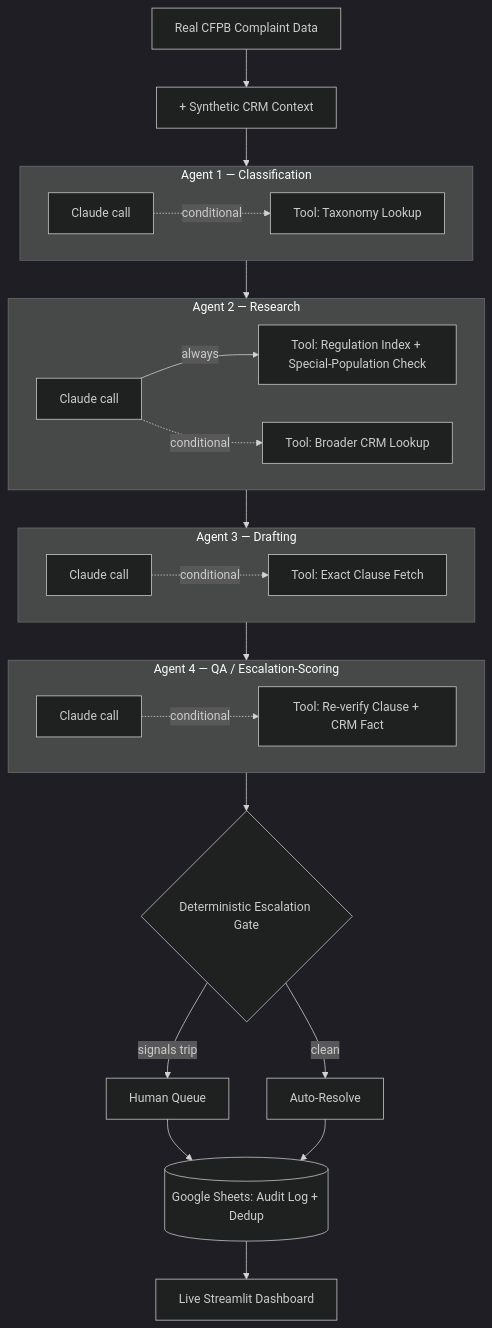
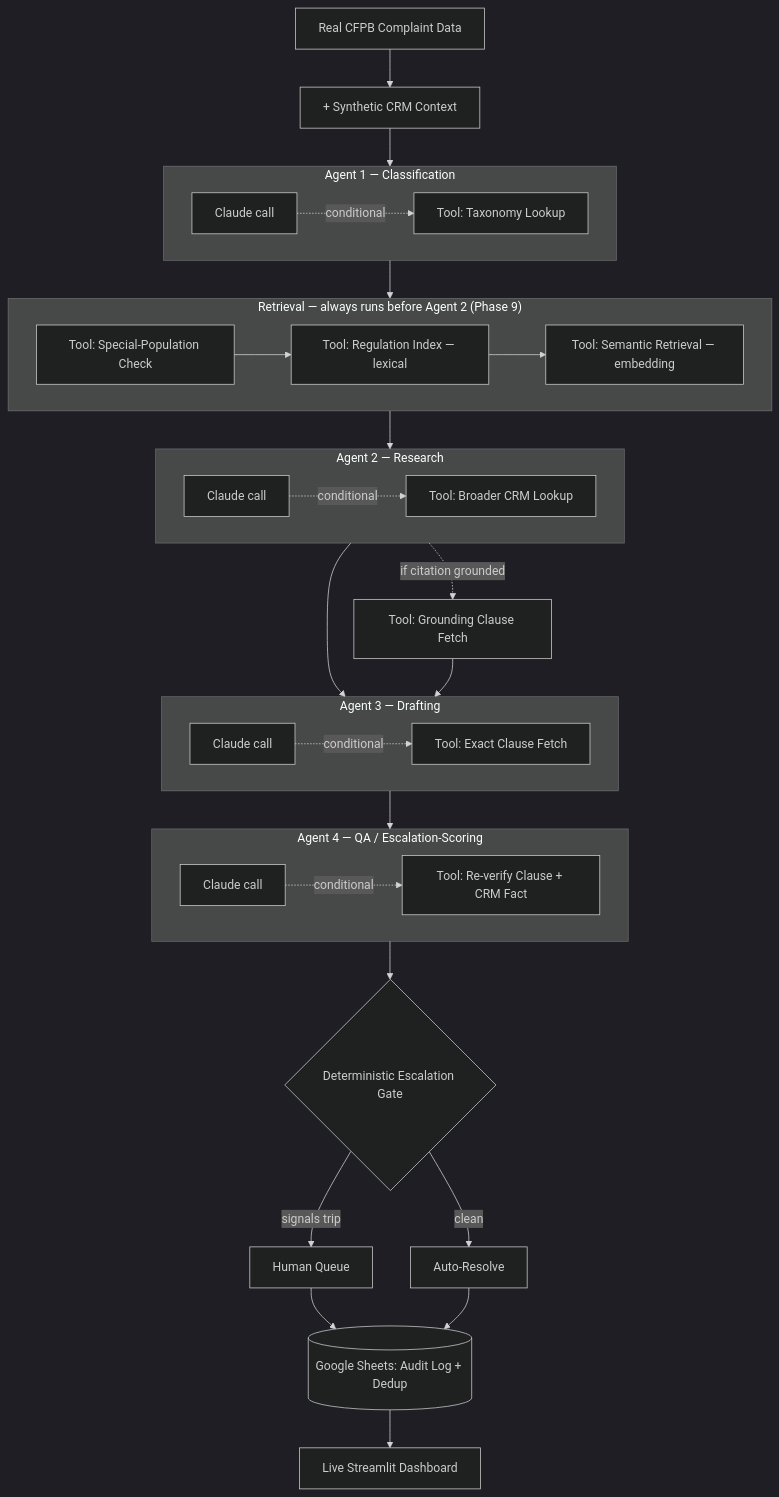
The diagram in README.md (LeoTheGreatChan/complaint-triage-orchestrator), drawn with Mermaid (dark theme) before and after one commit. The commit also changed other lines of this file, not shown here.

Commit message:
Add the Phase 9 retrieval stage to the architecture flowchart
The diagram still showed Agent 2 calling regulation lookup as its own
tool, with no retrieval step and no grounding-clause fetch -- the
architecture Phase 8 shipped, not the one Phase 9 replaced it with.
Added the Retrieval stage between Agent 1 and Agent 2, and the
conditional Grounding Clause Fetch between Agent 2 and Agent 3;
rendered locally with mermaid-cli to confirm it's valid before
committing.

````diff
--- a/README.md
+++ b/README.md
@@ -56,36 +56,44 @@
 ```mermaid
 flowchart TD
     A[Real CFPB Complaint Data] --> B[+ Synthetic CRM Context]
     B --> S1
 
     subgraph S1["Agent 1 — Classification"]
         direction LR
         A1[Claude call] -.->|conditional| A1T[Tool: Taxonomy Lookup]
     end
-    S1 --> S2
+    S1 --> RET
+
+    subgraph RET["Retrieval — always runs before Agent 2 (Phase 9)"]
+        direction LR
+        RT1[Tool: Special-Population Check] --> RT2[Tool: Regulation Index — lexical]
+        RT2 --> RT3[Tool: Semantic Retrieval — embedding]
+    end
+    RET --> S2
 
     subgraph S2["Agent 2 — Research"]
         direction LR
-        A2[Claude call] -->|always| A2T[Tool: Regulation Index + Special-Population Check]
-        A2 -.->|conditional| A2T2[Tool: Broader CRM Lookup]
+        A2[Claude call] -.->|conditional| A2T2[Tool: Broader CRM Lookup]
     end
+    S2 -.->|if citation grounded| GC[Tool: Grounding Clause Fetch]
     S2 --> S3
+    GC --> S3
 
     subgraph S3["Agent 3 — Drafting"]
         direction LR
         A3[Claude call] -.->|conditional| A3T[Tool: Exact Clause Fetch]
     end
     S3 --> S4
 
     subgraph S4["Agent 4 — QA / Escalation-Scoring"]
         direction LR
         A4[Claude call] -.->|conditional| A4T[Tool: Re-verify Clause + CRM Fact]
     end
     S4 --> G{Deterministic Escalation Gate}
 
     G -->|signals trip| H[Human Queue]
     G -->|clean| I[Auto-Resolve]
     H --> J[(Google Sheets: Audit Log + Dedup)]
     I --> J
     J --> K[Live Streamlit Dashboard]
 ```
````
